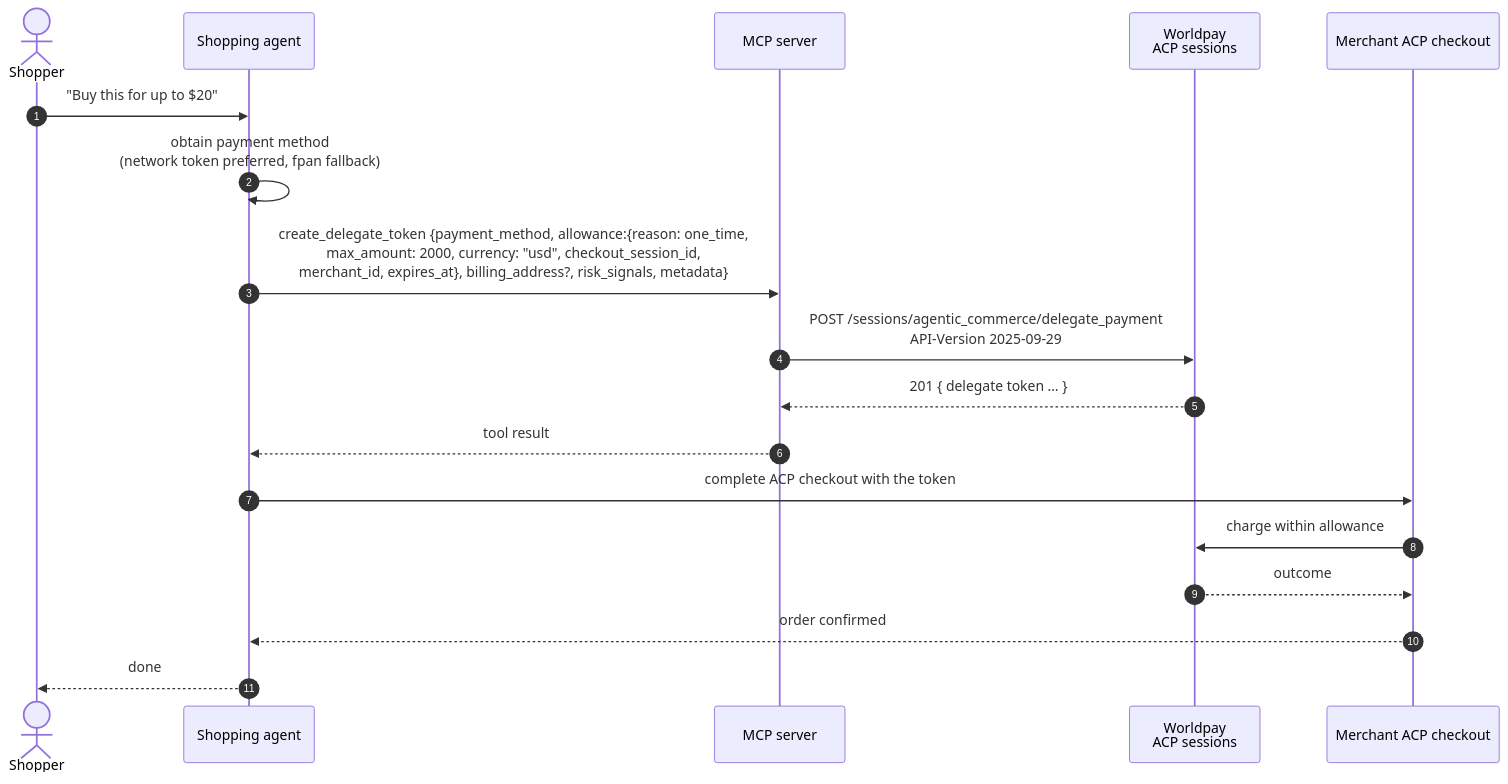
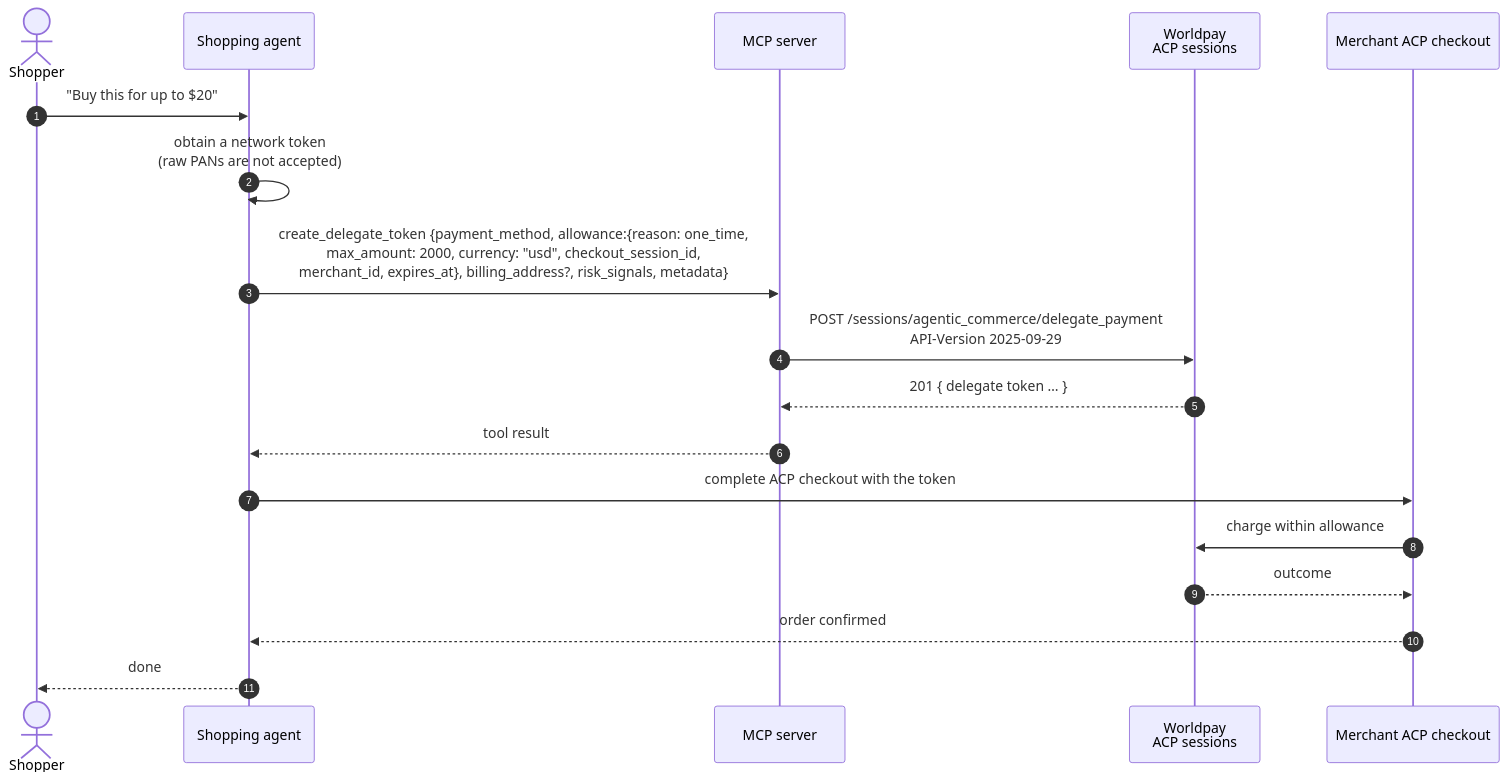
The sixth of 6 diagrams in docs/business-flows.md (davendra/worldpay-mcp), drawn with Mermaid before and after one commit. The commit also changed other lines of this file and 7 other files, not shown here.

````diff
--- a/docs/business-flows.md
+++ b/docs/business-flows.md
@@ -183,21 +183,21 @@
 ```mermaid
 sequenceDiagram
     autonumber
     actor U as Shopper
     participant SA as Shopping agent
     participant S as MCP server
     participant W as Worldpay<br/>ACP sessions
     participant M as Merchant ACP checkout
 
     U->>SA: "Buy this for up to $20"
-    SA->>SA: obtain payment method<br/>(network token preferred, fpan fallback)
+    SA->>SA: obtain a network token<br/>(raw PANs are not accepted)
     SA->>S: create_delegate_token {payment_method, allowance:{reason: one_time,<br/>max_amount: 2000, currency: "usd", checkout_session_id,<br/>merchant_id, expires_at}, billing_address?, risk_signals, metadata}
     S->>W: POST /sessions/agentic_commerce/delegate_payment<br/>API-Version 2025-09-29
     W-->>S: 201 { delegate token … }
     S-->>SA: tool result
     SA->>M: complete ACP checkout with the token
     M->>W: charge within allowance
     W-->>M: outcome
     M-->>SA: order confirmed
     SA-->>U: done
 ```
````
